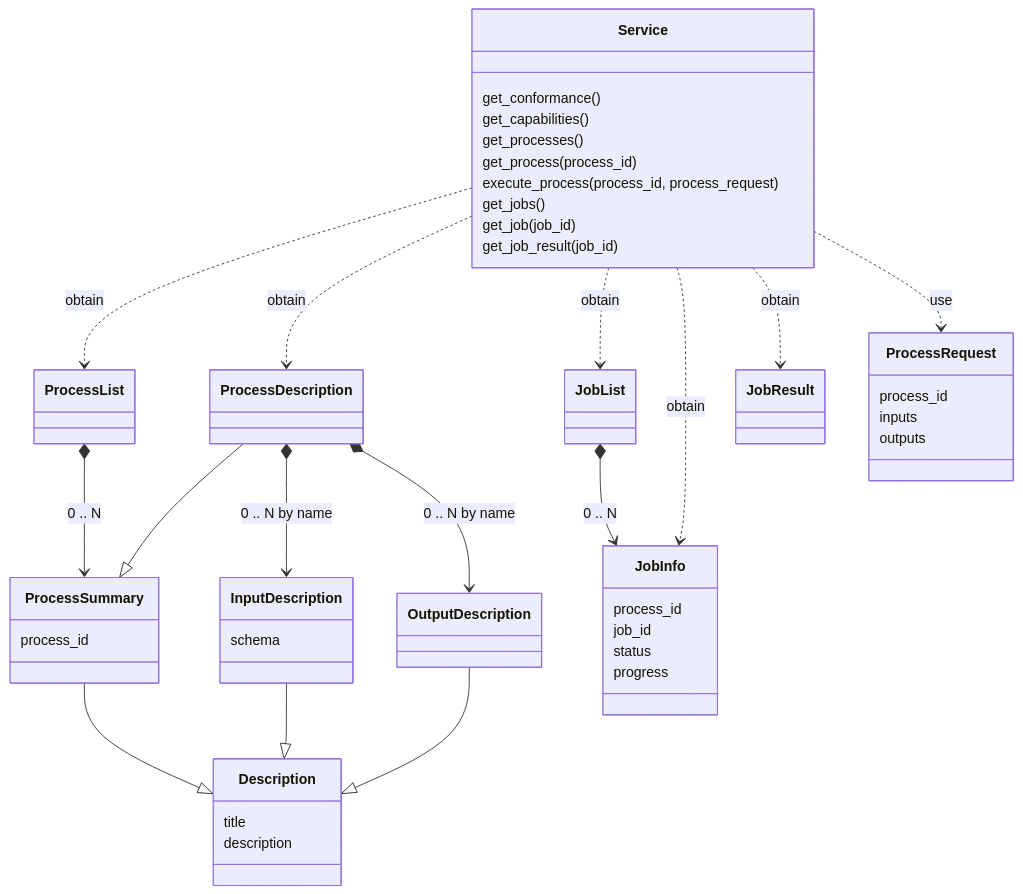
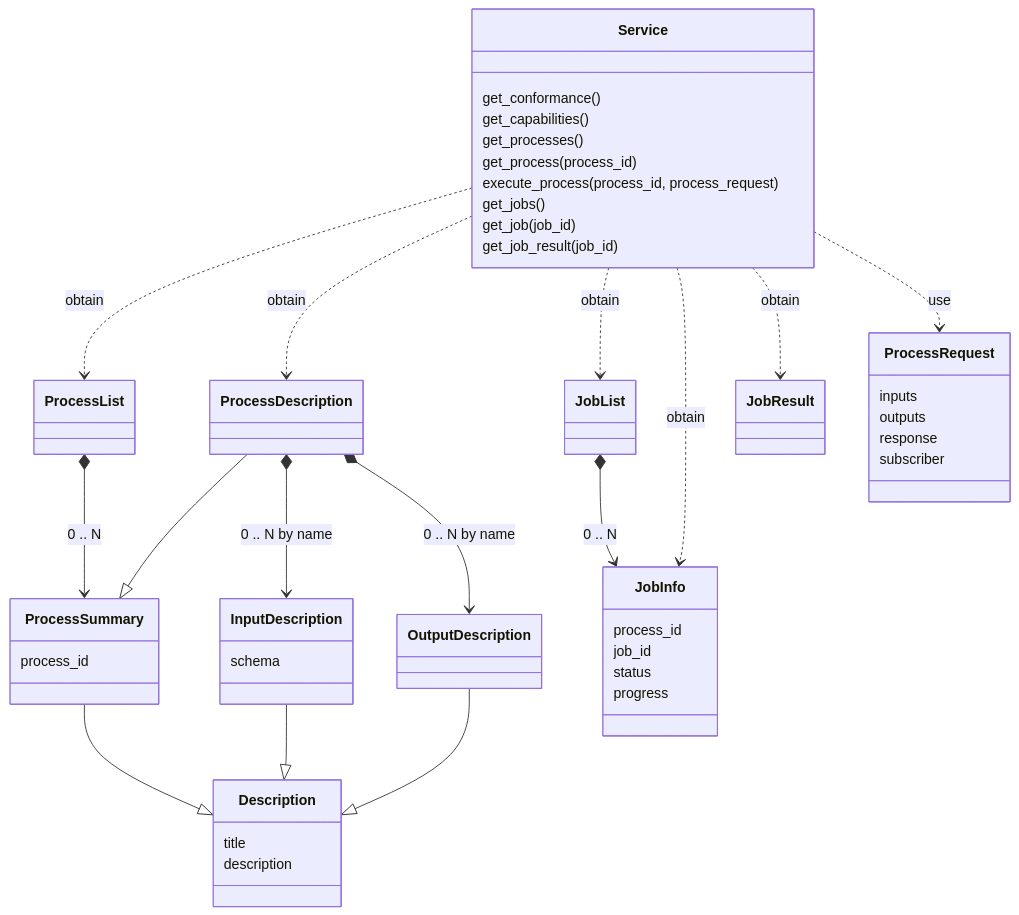
Before and after one commit to s2gos-dev/s2gos-controller: the third of 5 diagrams in docs/architecture.md, drawn with Mermaid. The commit also changed 7 other files, not shown here.

````diff
--- a/docs/architecture.md
+++ b/docs/architecture.md
@@ -110,57 +110,58 @@
 ```mermaid
 classDiagram
 direction TB
     class Service {
         get_conformance()
         get_capabilities()
         get_processes()
         get_process(process_id)
         execute_process(process_id, process_request)
         get_jobs()
         get_job(job_id)
         get_job_result(job_id)
     }
     class ProcessList {
     }
     class ProcessSummary {
         process_id
     }
     class ProcessDescription {
     }
     class ProcessRequest {
-        process_id
         inputs
         outputs
+        response
+        subscriber
     }
     class JobList {
     }
     class JobInfo {
         process_id
         job_id
         status
         progress
     }
     class JobResult {
     }
     class InputDescription {
         schema
     }
     class Description {
         title
         description
     }
     ProcessList *--> ProcessSummary : 0 .. N 
     ProcessSummary --|> Description
     ProcessDescription --|> ProcessSummary
     ProcessDescription *--> InputDescription : 0 .. N by name
     ProcessDescription *--> OutputDescription : 0 .. N by name
     InputDescription --|> Description
     OutputDescription --|> Description
     JobList *--> JobInfo : 0 .. N 
     Service ..> ProcessList : obtain
     Service ..> ProcessDescription : obtain
     Service ..> JobList : obtain
     Service ..> JobInfo : obtain
     Service ..> JobResult : obtain   
     Service ..> ProcessRequest : use      
 ```
````
